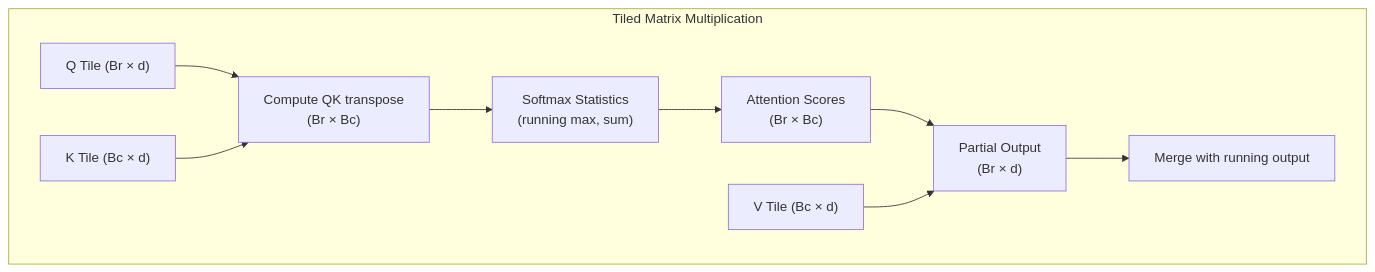
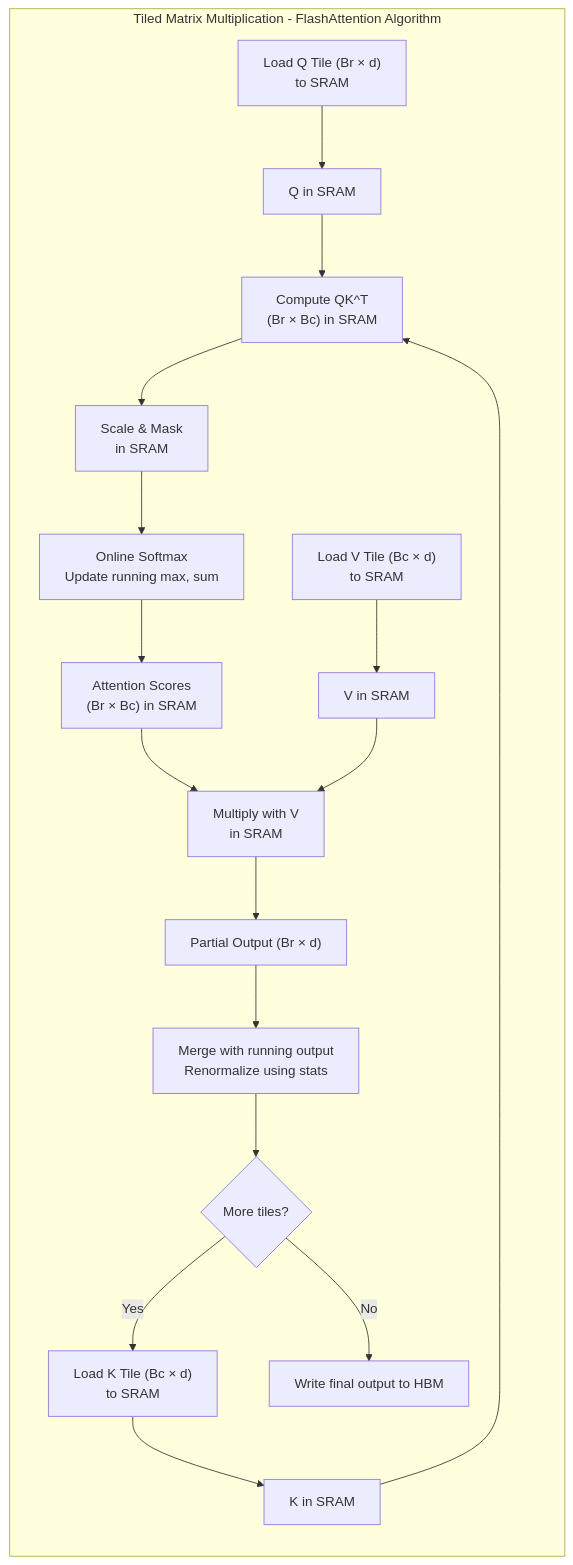
Before and after one commit to Shahriarin2garden/vllm_from_scratch: diagram 14 of 37 in lab0.2/README.md, drawn with Mermaid. The commit also changed other lines of this file, not shown here.

Commit message:
Refactor diagrams in README.md for improved clarity and detail

````diff
--- a/lab0.2/README.md
+++ b/lab0.2/README.md
@@ -388,15 +411,21 @@
 ```mermaid
 graph TD
-    subgraph "Tiled Matrix Multiplication"
-        QTile["Q Tile (Br × d)"]
-        KTile["K Tile (Bc × d)"]
-        VTile["V Tile (Bc × d)"]
-        QTile --> QK["Compute QK transpose<br/>(Br × Bc)"]
+    subgraph "Tiled Matrix Multiplication - FlashAttention Algorithm"
+        direction TB
+        LoadQ["Load Q Tile (Br × d)<br/>to SRAM"] --> QTile["Q in SRAM"]
+        LoadK["Load K Tile (Bc × d)<br/>to SRAM"] --> KTile["K in SRAM"]
+        LoadV["Load V Tile (Bc × d)<br/>to SRAM"] --> VTile["V in SRAM"]
+        QTile --> QK["Compute QK^T<br/>(Br × Bc) in SRAM"]
         KTile --> QK
-        QK --> SM["Softmax Statistics<br/>(running max, sum)"]
-        SM --> Attn["Attention Scores<br/>(Br × Bc)"]
-        Attn --> Out["Partial Output<br/>(Br × d)"]
-        VTile --> Out
-        Out --> Merge["Merge with running output"]
+        QK --> Scale["Scale & Mask<br/>in SRAM"]
+        Scale --> SM["Online Softmax<br/>Update running max, sum"]
+        SM --> Attn["Attention Scores<br/>(Br × Bc) in SRAM"]
+        Attn --> Mult["Multiply with V<br/>in SRAM"]
+        VTile --> Mult
+        Mult --> Out["Partial Output (Br × d)"]
+        Out --> Merge["Merge with running output<br/>Renormalize using stats"]
+        Merge --> Loop{"More tiles?"}
+        Loop -->|Yes| LoadK
+        Loop -->|No| Final["Write final output to HBM"]
     end
 ```
````
